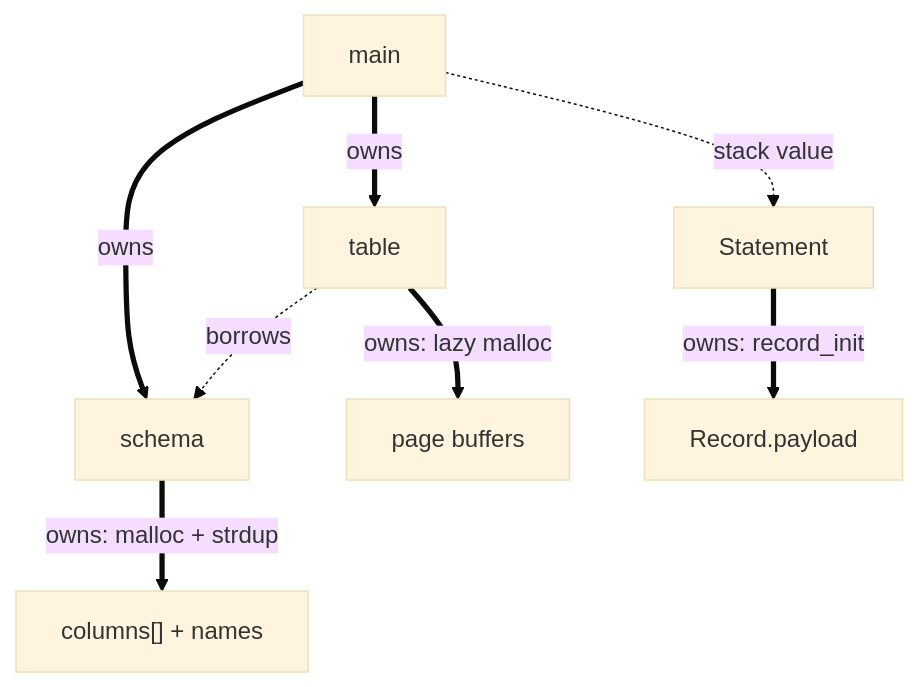
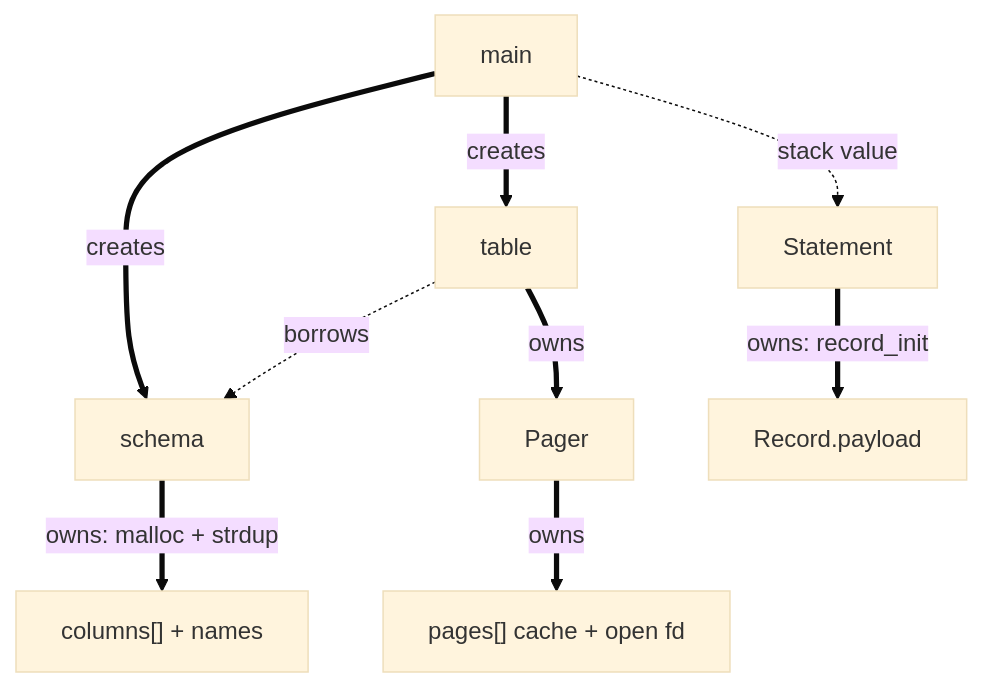
Diagram 11 of 14 in README.md (Rohitangshu2026/mini-sql), drawn with Mermaid (base theme) before and after one commit. The commit also changed other lines of this file, not shown here.

````diff
--- a/README.md
+++ b/README.md
@@ -476,11 +506,12 @@
 ```mermaid
 flowchart TD
-    main ==>|owns| schema
-    main ==>|owns| table
+    main ==>|creates| schema
+    main ==>|creates| table
     main -.->|stack value| stmt["Statement"]
 
     schema ==>|owns: malloc + strdup| cols["columns[] + names"]
+    table ==>|owns| pager["Pager"]
+    pager ==>|owns| pagesfd["pages[] cache + open fd"]
     table -.->|borrows| schema
-    table ==>|owns: lazy malloc| pages["page buffers"]
     stmt ==>|owns: record_init| payload["Record.payload"]
 ```
````
